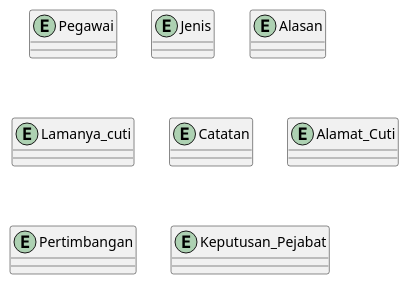
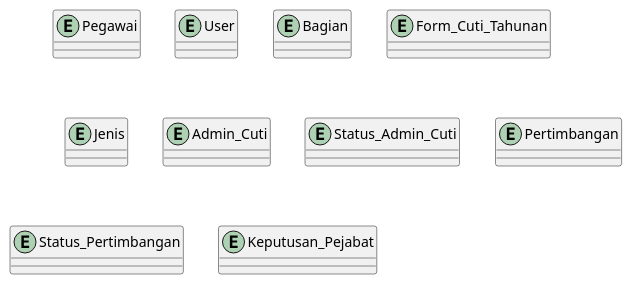
The diagram in conceptual.puml (muhammad-huzaifah/e-cuti), drawn with PlantUML before and after one commit.

Commit message:
perancangan conceptul e-cuti

```diff
--- a/conceptual.puml
+++ b/conceptual.puml
@@ -1,34 +1,43 @@
 @startuml
 entity Pegawai{
+
+}
+
+entity User{
+
+}
+
+entity Bagian{
+
+}
+
+entity Form_Cuti_Tahunan{
 
 }
 
 entity Jenis{
 
 }
 
-entity Alasan{
+entity Admin_Cuti{
 
 }
 
-entity Lamanya_cuti{
+entity Status_Admin_Cuti{
 
 }
 
-entity Catatan{
+
+entity Pertimbangan{
 
 }
 
-entity Alamat_Cuti{
-
-}
-
-entity Pertimbangan{
+entity Status_Pertimbangan{
 
 }
 
 entity Keputusan_Pejabat{
 
 }
 
 @enduml
```
